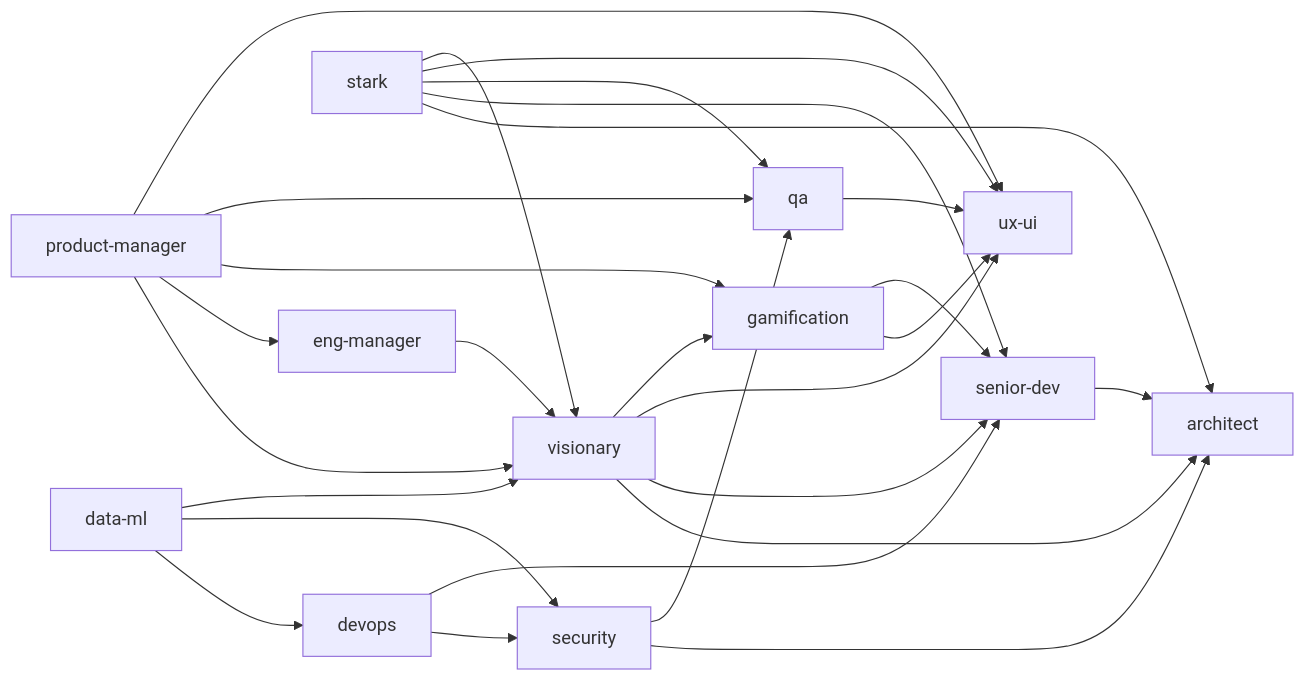
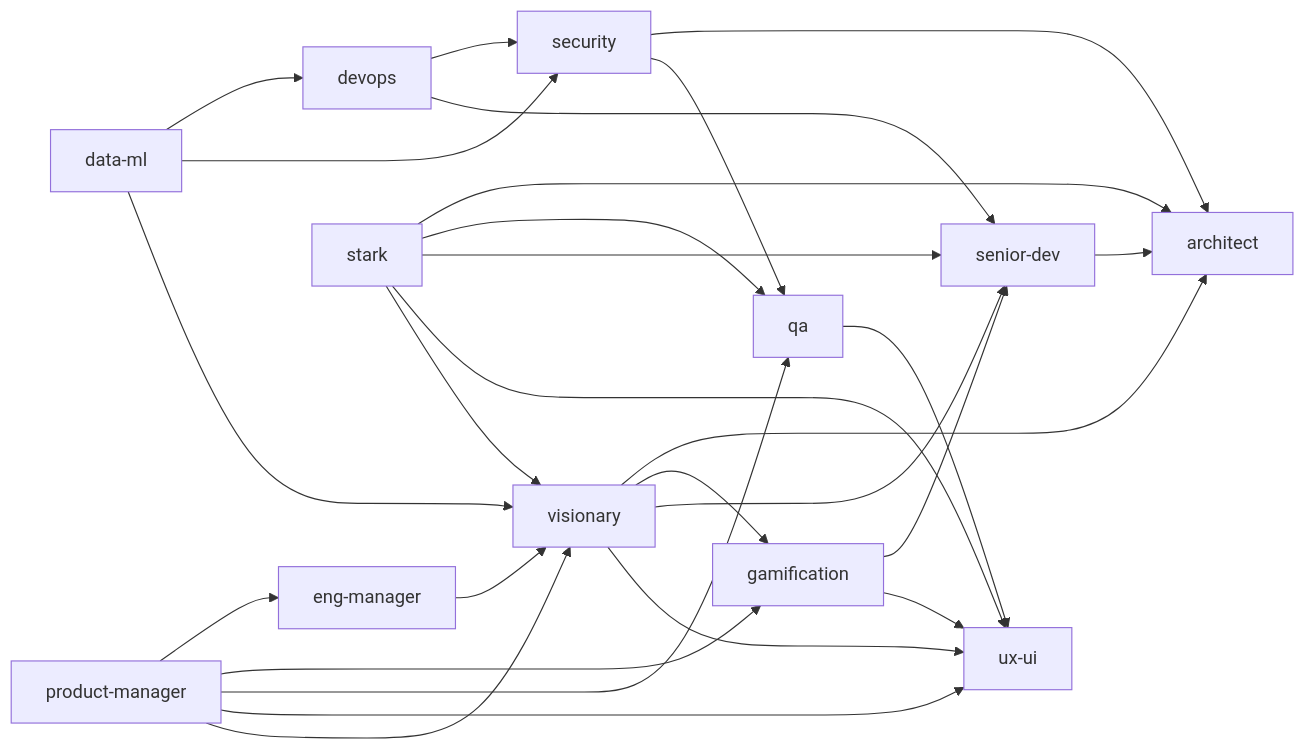
Before and after one commit to jrodrigopuca/local-agents: the second of 4 diagrams in GRAPH.md, drawn with Mermaid. The commit also changed other lines of this file and 1 other file, not shown here.

````diff
--- a/GRAPH.md
+++ b/GRAPH.md
@@ -52,34 +55,38 @@
 ```mermaid
 flowchart LR
-    product-manager --> visionary
+    data-ml --> devops
+    data-ml --> security
+    data-ml --> visionary
+
+    devops --> security
+    devops --> senior-dev
+
+    eng-manager --> visionary
+
+    gamification --> senior-dev
+    gamification --> ux-ui
+
     product-manager --> eng-manager
     product-manager --> gamification
     product-manager --> qa
     product-manager --> ux-ui
+    product-manager --> visionary
 
-    eng-manager --> visionary
-    visionary --> architect
-    visionary --> senior-dev
-    visionary --> ux-ui
-    visionary --> gamification
-
-    gamification --> ux-ui
-    gamification --> senior-dev
     qa --> ux-ui
-    senior-dev --> architect
 
     security --> architect
     security --> qa
 
+    senior-dev --> architect
+
     stark --> architect
+    stark --> qa
     stark --> senior-dev
-    stark --> qa
     stark --> ux-ui
     stark --> visionary
 
-    data-ml --> devops
-    data-ml --> security
-    data-ml --> visionary
-    devops --> security
-    devops --> senior-dev
+    visionary --> architect
+    visionary --> gamification
+    visionary --> senior-dev
+    visionary --> ux-ui
 ```
````
